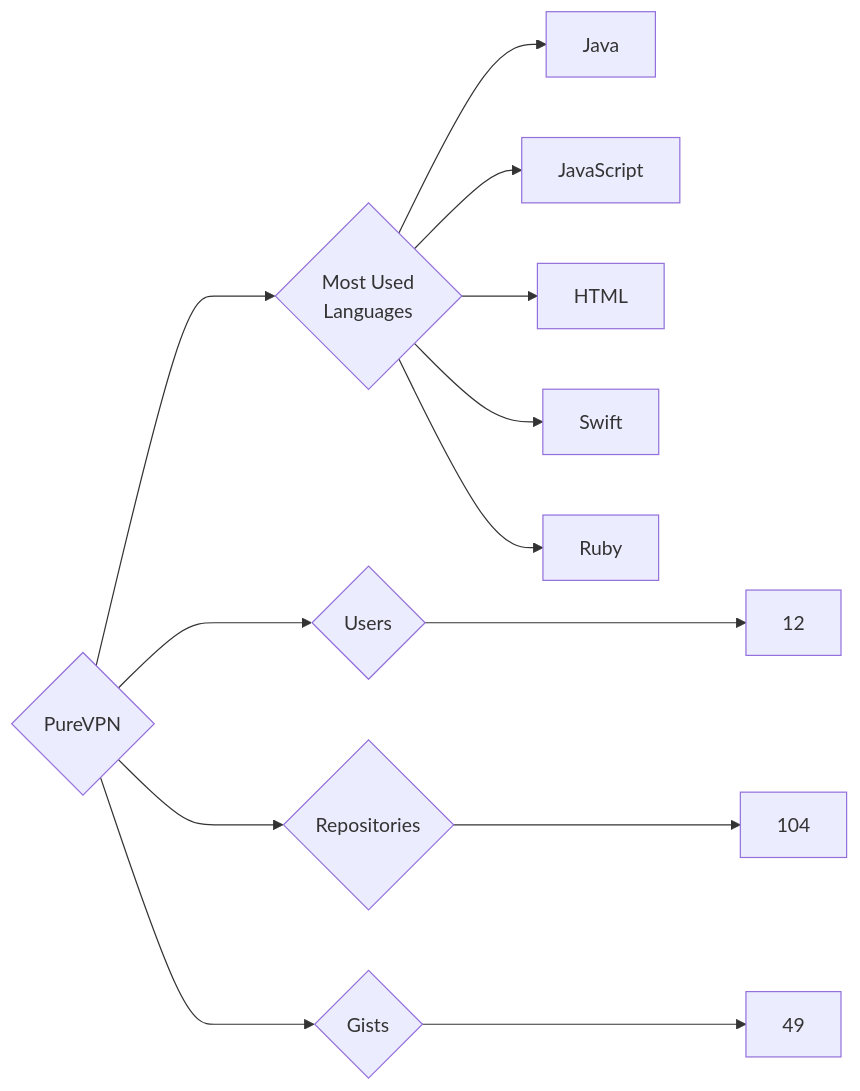
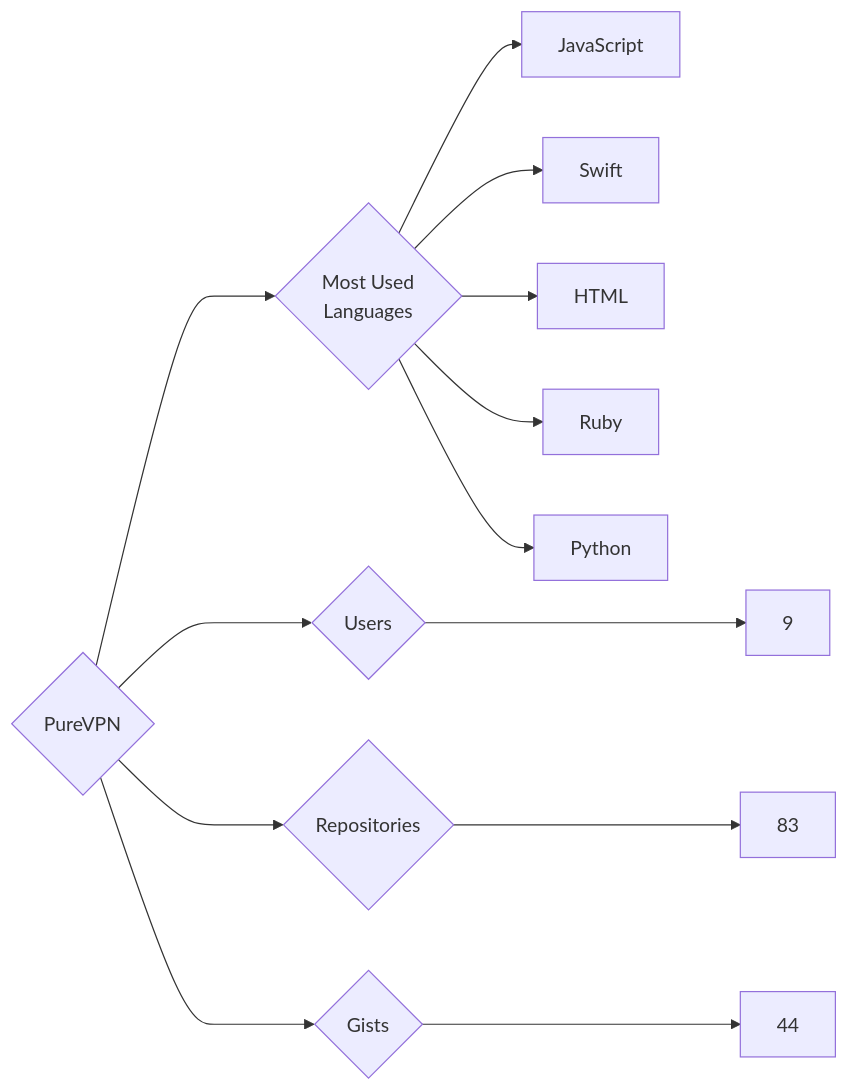
Before and after one commit to trickest/insiders: the diagram in targets/PureVPN/README.md, drawn with Mermaid. The commit also changed 1484 other files, not shown here.

````diff
--- a/targets/PureVPN/README.md
+++ b/targets/PureVPN/README.md
@@ -3,13 +3,13 @@
 ```mermaid
 graph LR
 COMPANY_NAME{PureVPN}
-COMPANY_NAME ---> U{Users} ---> UN[12]
-COMPANY_NAME ---> R{Repositories} ---> RN[104]
-COMPANY_NAME ---> G{Gists} ---> GN[49]
+COMPANY_NAME ---> U{Users} ---> UN[9]
+COMPANY_NAME ---> R{Repositories} ---> RN[83]
+COMPANY_NAME ---> G{Gists} ---> GN[44]
 COMPANY_NAME ---> ML{Most Used<br>Languages}
-ML --> Java[Java]
 ML --> JavaScript[JavaScript]
+ML --> Swift[Swift]
 ML --> HTML[HTML]
-ML --> Swift[Swift]
 ML --> Ruby[Ruby]
+ML --> Python[Python]
 ```
````
